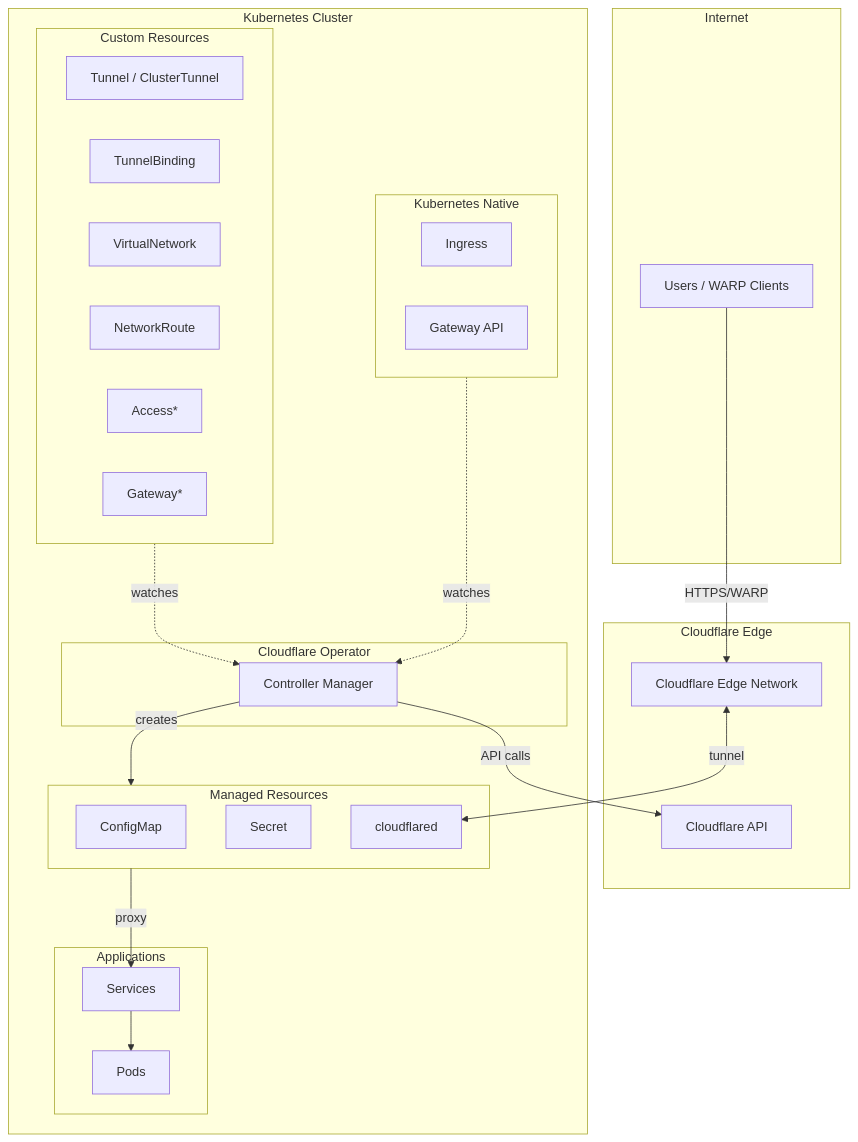
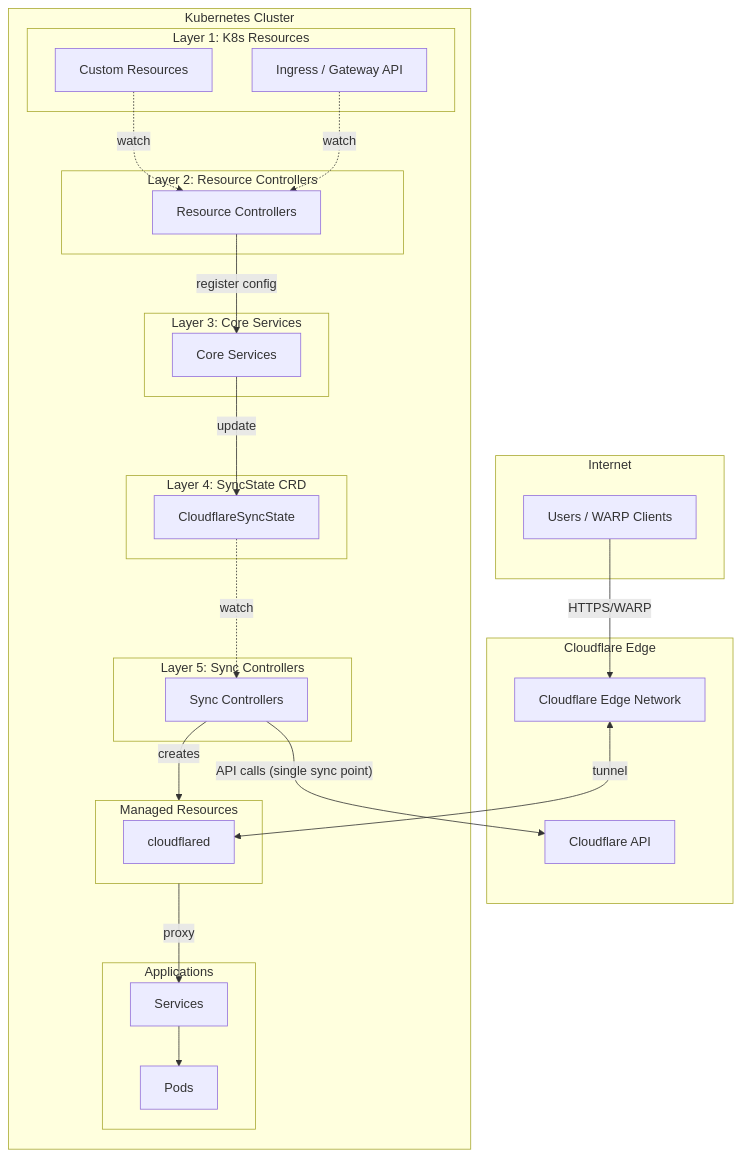
Before and after one commit to StringKe/cloudflare-operator: the diagram in docs/en/README.md, drawn with Mermaid. The commit also changed other lines of this file and 88 other files, not shown here.

````diff
--- a/docs/en/README.md
+++ b/docs/en/README.md
@@ -30,51 +36,55 @@
 ```mermaid
 flowchart TB
     subgraph Internet["Internet"]
         Users["Users / WARP Clients"]
     end
 
     subgraph Cloudflare["Cloudflare Edge"]
         Edge["Cloudflare Edge Network"]
         API["Cloudflare API"]
     end
 
     subgraph K8s["Kubernetes Cluster"]
-        subgraph CRDs["Custom Resources"]
-            Tunnel["Tunnel / ClusterTunnel"]
-            TB["TunnelBinding"]
-            VNet["VirtualNetwork"]
-            Route["NetworkRoute"]
-            Access["Access*"]
-            Gateway["Gateway*"]
+        subgraph Layer1["Layer 1: K8s Resources"]
+            CRDs["Custom Resources"]
+            K8sNative["Ingress / Gateway API"]
         end
 
-        subgraph K8sNative["Kubernetes Native"]
-            Ingress["Ingress"]
-            GatewayAPI["Gateway API"]
+        subgraph Layer2["Layer 2: Resource Controllers"]
+            RC["Resource Controllers"]
         end
 
-        subgraph Operator["Cloudflare Operator"]
-            Controller["Controller Manager"]
+        subgraph Layer3["Layer 3: Core Services"]
+            SVC["Core Services"]
+        end
+
+        subgraph Layer4["Layer 4: SyncState CRD"]
+            SyncState["CloudflareSyncState"]
+        end
+
+        subgraph Layer5["Layer 5: Sync Controllers"]
+            SC["Sync Controllers"]
         end
 
         subgraph Managed["Managed Resources"]
-            ConfigMap["ConfigMap"]
-            Secret["Secret"]
             Deployment["cloudflared"]
         end
 
         subgraph App["Applications"]
             Service["Services"]
             Pod["Pods"]
         end
     end
 
-    CRDs -.->|watches| Controller
-    K8sNative -.->|watches| Controller
-    Controller -->|creates| Managed
-    Controller -->|API calls| API
+    CRDs -.->|watch| RC
+    K8sNative -.->|watch| RC
+    RC -->|register config| SVC
+    SVC -->|update| SyncState
+    SyncState -.->|watch| SC
+    SC -->|"API calls (single sync point)"| API
+    SC -->|creates| Managed
     Managed -->|proxy| Service
     Service --> Pod
     Users -->|HTTPS/WARP| Edge
     Edge <-->|tunnel| Deployment
 ```
````
